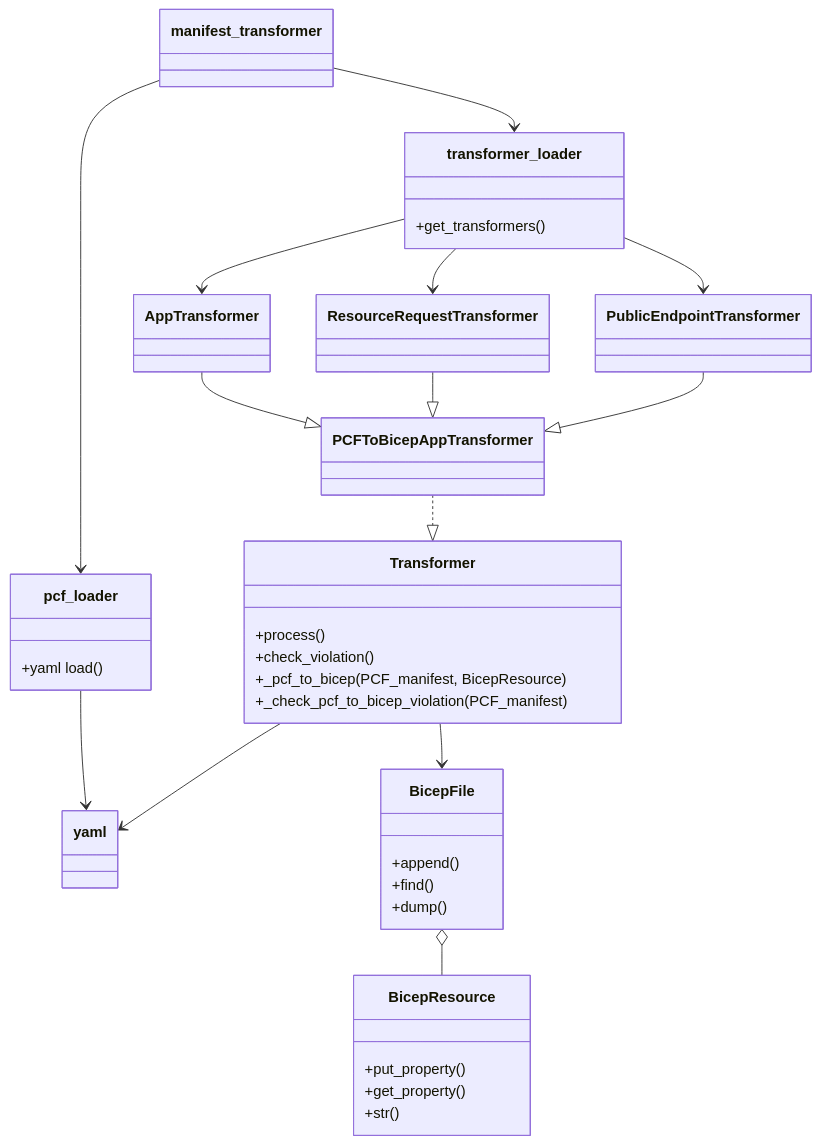
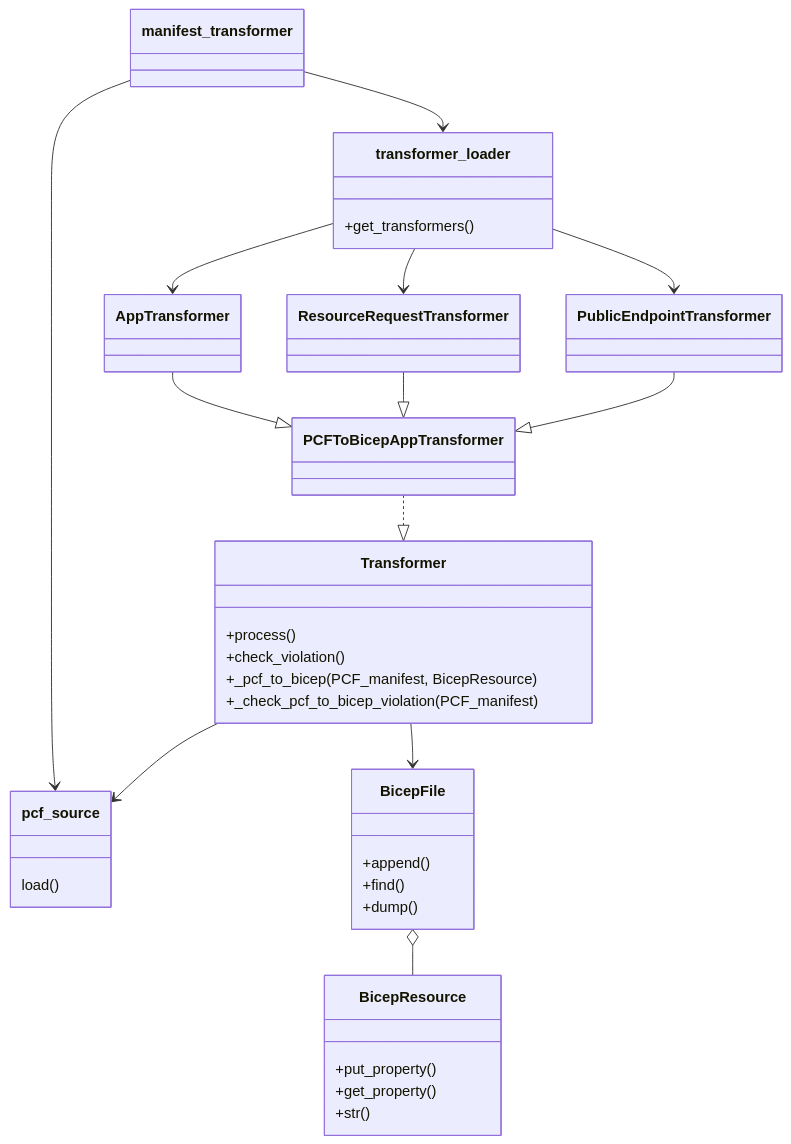
The diagram in src/spring/azext_spring/manifest_transformer/README.md (yuwzho/azure-cli-extensions), drawn with Mermaid before and after one commit. The commit also changed 7 other files, not shown here.

````diff
--- a/src/spring/azext_spring/manifest_transformer/README.md
+++ b/src/spring/azext_spring/manifest_transformer/README.md
@@ -5,33 +5,32 @@
 ```mermaid
 classDiagram
-   manifest_transformer -->  pcf_loader
-   pcf_loader --> yaml
-   Transformer --> yaml
+   manifest_transformer -->  pcf_source
+   Transformer --> pcf_source
    Transformer: +process()
    Transformer: +check_violation()
    Transformer: +_pcf_to_bicep(PCF_manifest, BicepResource)
    Transformer: +_check_pcf_to_bicep_violation(PCF_manifest)
    manifest_transformer -->  transformer_loader
    transformer_loader --> AppTransformer
    transformer_loader --> ResourceRequestTransformer
    transformer_loader --> PublicEndpointTransformer
    transformer_loader: +get_transformers()
-   pcf_loader: +yaml load()
+   pcf_source: load()
    Transformer --> BicepFile
    BicepFile o-- BicepResource
    PCFToBicepAppTransformer ..|> Transformer
    AppTransformer --|> PCFToBicepAppTransformer
    ResourceRequestTransformer --|> PCFToBicepAppTransformer
    PublicEndpointTransformer --|> PCFToBicepAppTransformer
 
    class BicepFile {
     +append()
     +find()
     +dump()
    }
    class BicepResource {
     +put_property()
     +get_property()
     +str()
    }
 ```
````
